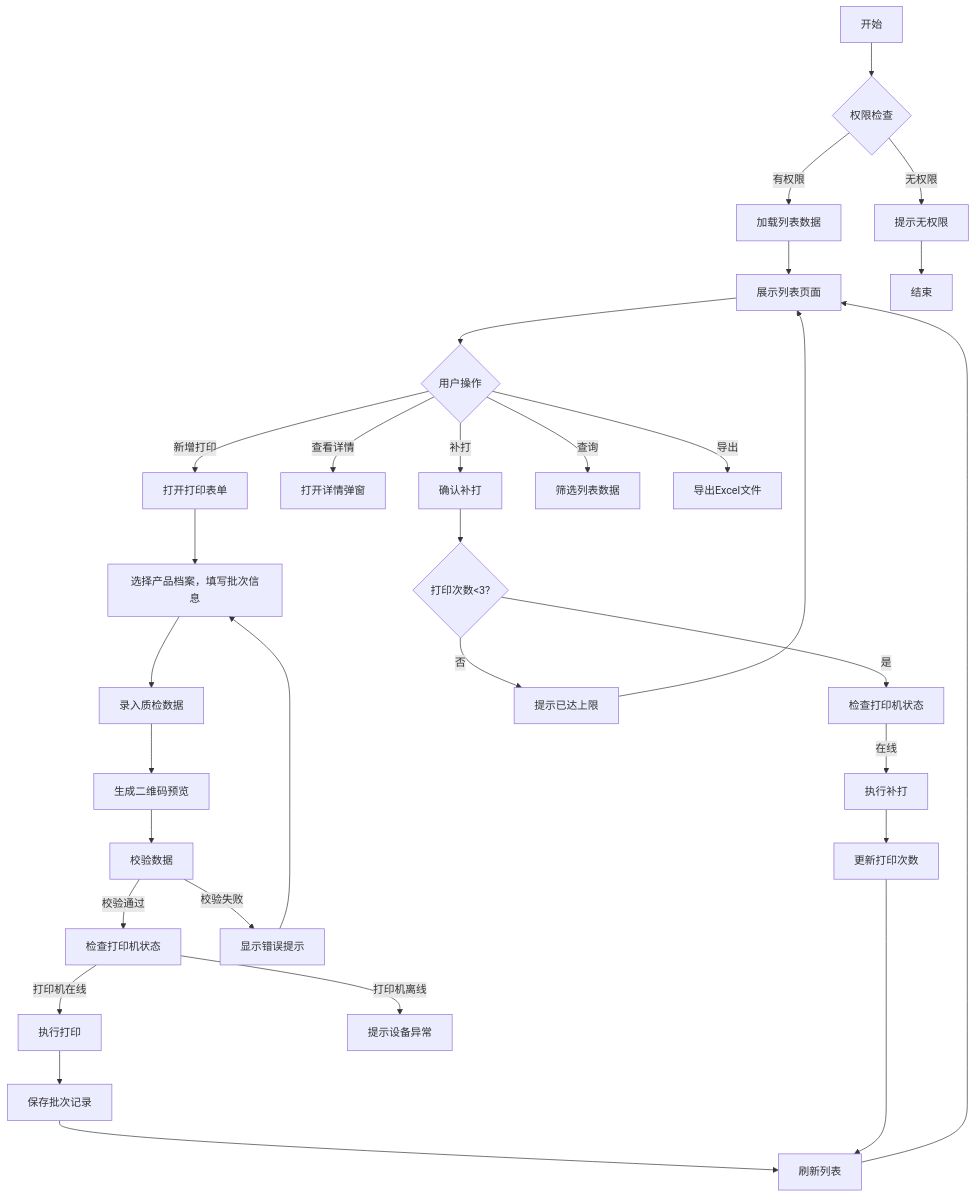
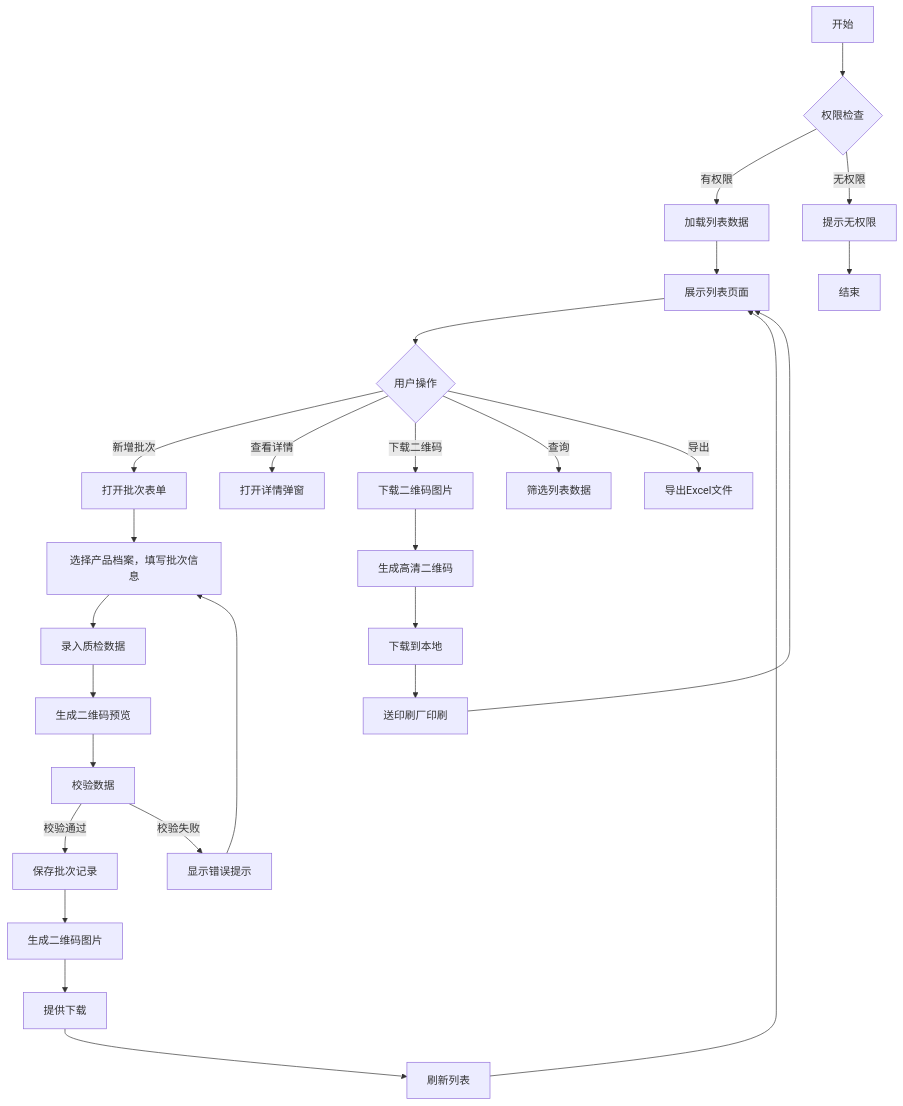
The fourth of 6 diagrams in 02-guqirongcai/docs/PRD document/PRD文档.md (kwk001/Project), drawn with Mermaid before and after one commit. The commit also changed other lines of this file and 338 other files, not shown here.

````diff
--- a/02-guqirongcai/docs/PRD document/PRD文档.md
+++ b/02-guqirongcai/docs/PRD document/PRD文档.md
@@ -2023,33 +2022,29 @@
 ```mermaid
 flowchart TD
     A[开始] --> B{权限检查}
     B -->|有权限| C[加载列表数据]
     B -->|无权限| D[提示无权限]
     C --> E[展示列表页面]
     E --> F{用户操作}
-    F -->|新增打印| G[打开打印表单]
+    F -->|新增批次| G[打开批次表单]
     F -->|查看详情| H[打开详情弹窗]
-    F -->|补打| I[确认补打]
+    F -->|下载二维码| I[下载二维码图片]
     F -->|查询| J[筛选列表数据]
     F -->|导出| K[导出Excel文件]
     G --> L[选择产品档案，填写批次信息]
     L --> M[录入质检数据]
     M --> N[生成二维码预览]
     N --> O[校验数据]
-    O -->|校验通过| P[检查打印机状态]
+    O -->|校验通过| P[保存批次记录]
     O -->|校验失败| Q[显示错误提示]
     Q --> L
-    P -->|打印机在线| R[执行打印]
-    P -->|打印机离线| S[提示设备异常]
-    R --> T[保存批次记录]
-    T --> U[刷新列表]
-    U --> E
-    I --> V{打印次数<3?}
-    V -->|是| W[检查打印机状态]
-    V -->|否| X[提示已达上限]
-    W -->|在线| Y[执行补打]
-    Y --> Z[更新打印次数]
-    Z --> U
-    X --> E
+    P --> R[生成二维码图片]
+    R --> S[提供下载]
+    S --> T[刷新列表]
+    T --> E
+    I --> U[生成高清二维码]
+    U --> V[下载到本地]
+    V --> W[送印刷厂印刷]
+    W --> E
     D --> AA[结束]
 ```
````
